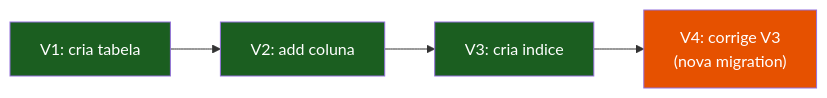
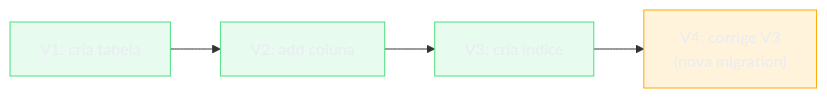
The first of 5 diagrams in 03-Dominios/Ciência/Banco de Dados/15 - Operação em produção.md (josenaldo/codex-technomanticus), drawn with Mermaid before and after one commit. The commit also changed other lines of this file and 1181 other files, not shown here.

First line of the commit message:
fix(diagramas): paleta do sistema no lugar de cor cravada no markdown

````diff
--- a/03-Dominios/Ciência/Banco de Dados/15 - Operação em produção.md
+++ b/03-Dominios/Ciência/Banco de Dados/15 - Operação em produção.md
@@ -56,10 +56,12 @@
 ```mermaid
 flowchart LR
+    classDef ok fill:#4ADE8021,stroke:#4ADE80,color:#E9ECF2
+    classDef destaque fill:#FFAA0024,stroke:#FFAA00,color:#E9ECF2
     A["V1: cria tabela"] --> B["V2: add coluna"]
     B --> C["V3: cria indice"]
     C --> D["V4: corrige V3<br/>(nova migration)"]
-    style A fill:#1b5e20,color:#fff
-    style B fill:#1b5e20,color:#fff
-    style C fill:#1b5e20,color:#fff
-    style D fill:#e65100,color:#fff
+    class A ok
+    class B ok
+    class C ok
+    class D destaque
 ```
````
